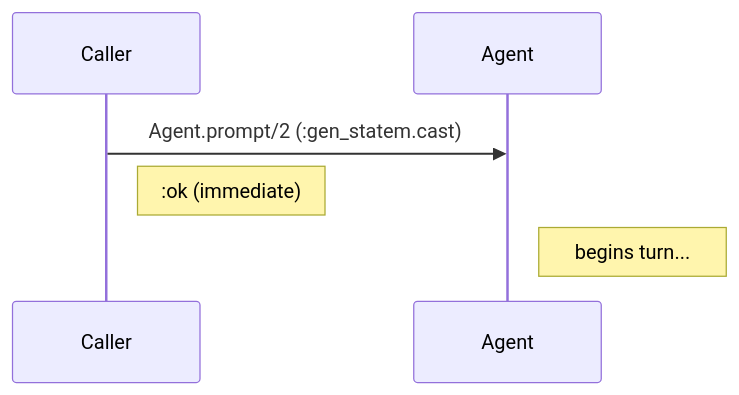
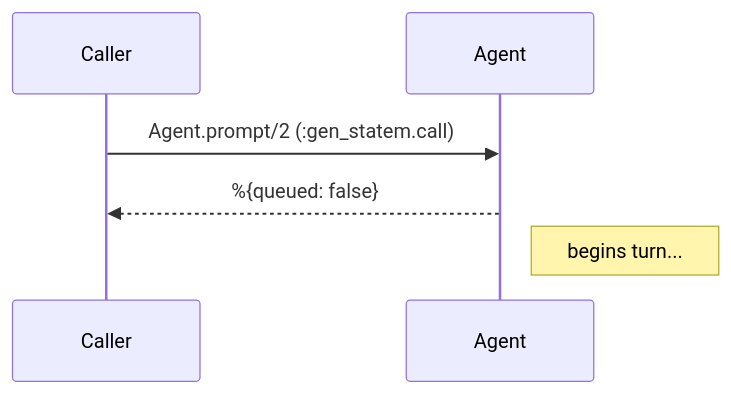
The fifth of 10 diagrams in docs/supervision.md (matteing/opal), drawn with Mermaid before and after one commit. The commit also changed other lines of this file and 61 other files, not shown here.

````diff
--- a/docs/supervision.md
+++ b/docs/supervision.md
@@ -183,9 +183,9 @@
 ```mermaid
 sequenceDiagram
     participant Caller
     participant Agent
 
-    Caller->>Agent: Agent.prompt/2 (:gen_statem.cast)
-    Note right of Caller: :ok (immediate)
+    Caller->>Agent: Agent.prompt/2 (:gen_statem.call)
+    Agent-->>Caller: %{queued: false}
     Note right of Agent: begins turn...
 ```
````
